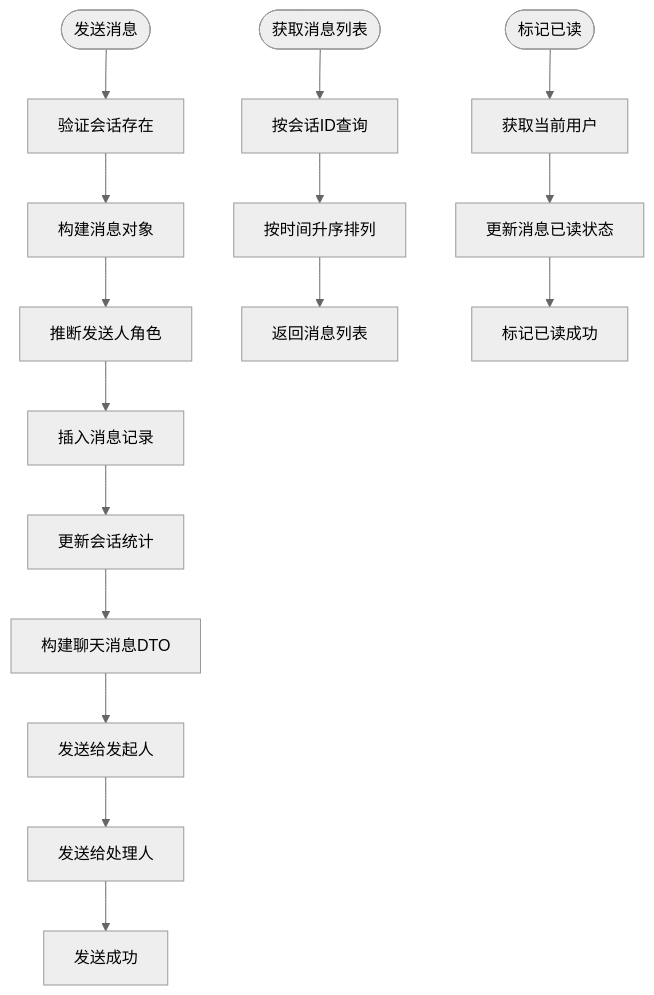
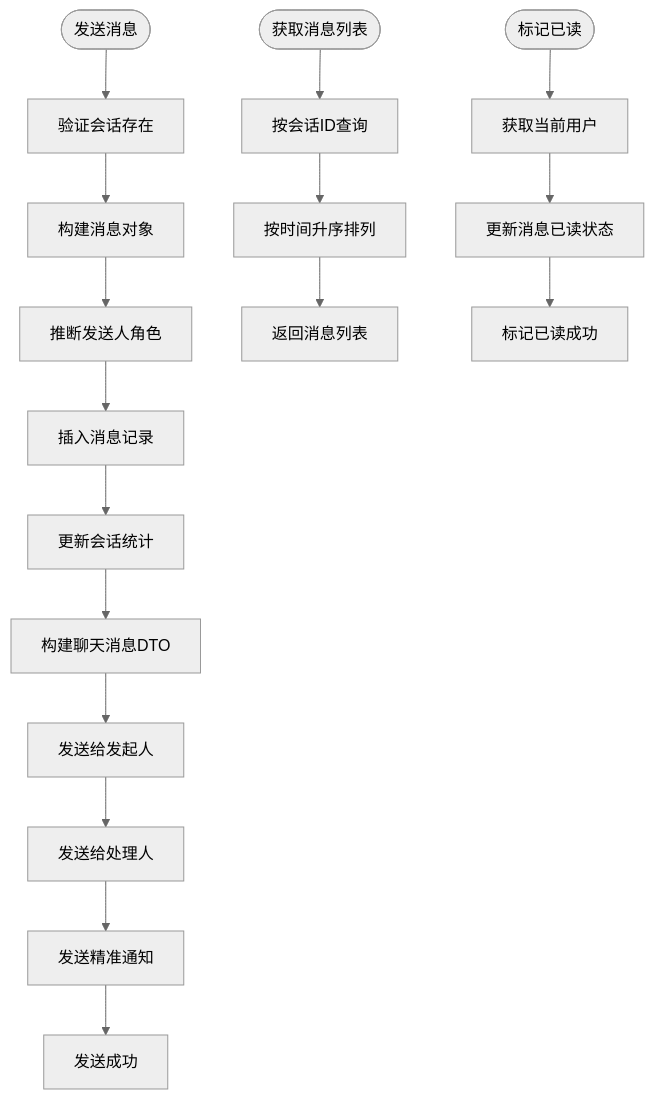
The seventh of 27 diagrams in .qoder/repowiki/zh/content/核心模块/客户服务模块.md (xiaoche80s-tech/rouyi-vue-pro), drawn with Mermaid (neutral theme) before and after one commit. The commit also changed other lines of this file and 534 other files, not shown here.

````diff
--- a/.qoder/repowiki/zh/content/核心模块/客户服务模块.md
+++ b/.qoder/repowiki/zh/content/核心模块/客户服务模块.md
@@ -492,18 +560,19 @@
 ```mermaid
 flowchart TD
 MESSAGE_SEND([发送消息]) --> VALIDATE_SESSION[验证会话存在]
 VALIDATE_SESSION --> BUILD_MESSAGE[构建消息对象]
 BUILD_MESSAGE --> RESOLVE_ROLE[推断发送人角色]
 RESOLVE_ROLE --> INSERT_MESSAGE[插入消息记录]
 INSERT_MESSAGE --> UPDATE_SESSION[更新会话统计]
 UPDATE_SESSION --> BUILD_CHAT_MSG[构建聊天消息DTO]
 BUILD_CHAT_MSG --> SEND_TO_INITIATOR[发送给发起人]
 SEND_TO_INITIATOR --> SEND_TO_ASSIGNEE[发送给处理人]
-SEND_TO_ASSIGNEE --> SEND_SUCCESS[发送成功]
+SEND_TO_ASSIGNEE --> SEND_PRECISE_WS[发送精准通知]
+SEND_PRECISE_WS --> SEND_SUCCESS[发送成功]
 MESSAGE_GET_LIST([获取消息列表]) --> GET_BY_SESSION[按会话ID查询]
 GET_BY_SESSION --> ORDER_ASC[按时间升序排列]
 ORDER_ASC --> RETURN_LIST[返回消息列表]
 MESSAGE_MARK_READ([标记已读]) --> GET_CURRENT_USER[获取当前用户]
 GET_CURRENT_USER --> UPDATE_READ_STATUS[更新消息已读状态]
 UPDATE_READ_STATUS --> READ_SUCCESS[标记已读成功]
 ```
````
